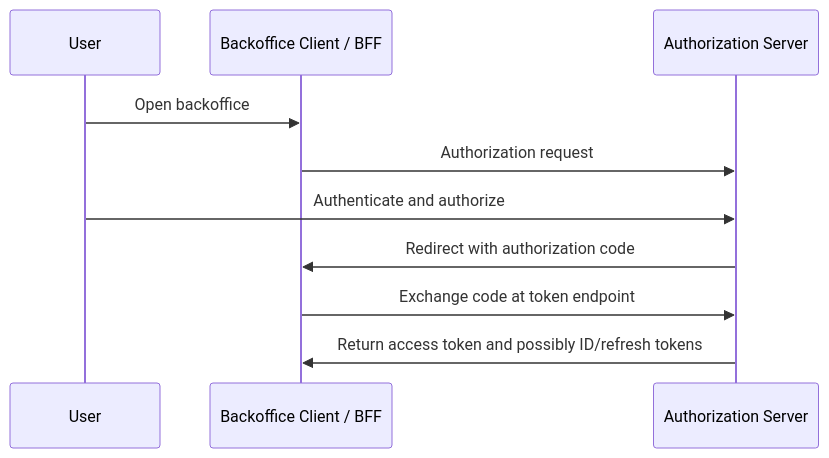
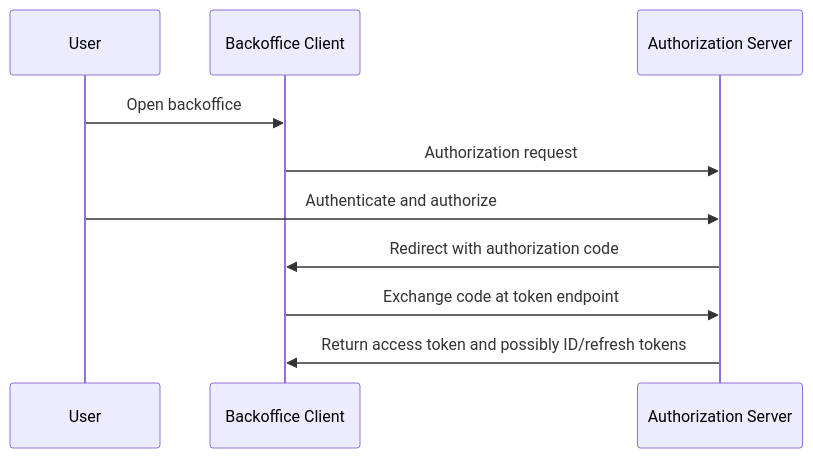
One commit to panaC/edrlab-backoffice-auth-study changed the first of 5 diagrams in docs/wiki/06-oauth2-flows.md. Above: the diagram before and after it, drawn with Mermaid. The commit also changed other lines of this file and 29 other files, not shown here.

````diff
--- a/docs/wiki/06-oauth2-flows.md
+++ b/docs/wiki/06-oauth2-flows.md
@@ -63,13 +63,13 @@
 ```mermaid
 sequenceDiagram
     participant User
-    participant Client as Backoffice Client / BFF
+    participant Client as Backoffice Client
     participant AS as Authorization Server
 
     User->>Client: Open backoffice
     Client->>AS: Authorization request
     User->>AS: Authenticate and authorize
     AS->>Client: Redirect with authorization code
     Client->>AS: Exchange code at token endpoint
     AS->>Client: Return access token and possibly ID/refresh tokens
 ```
````
